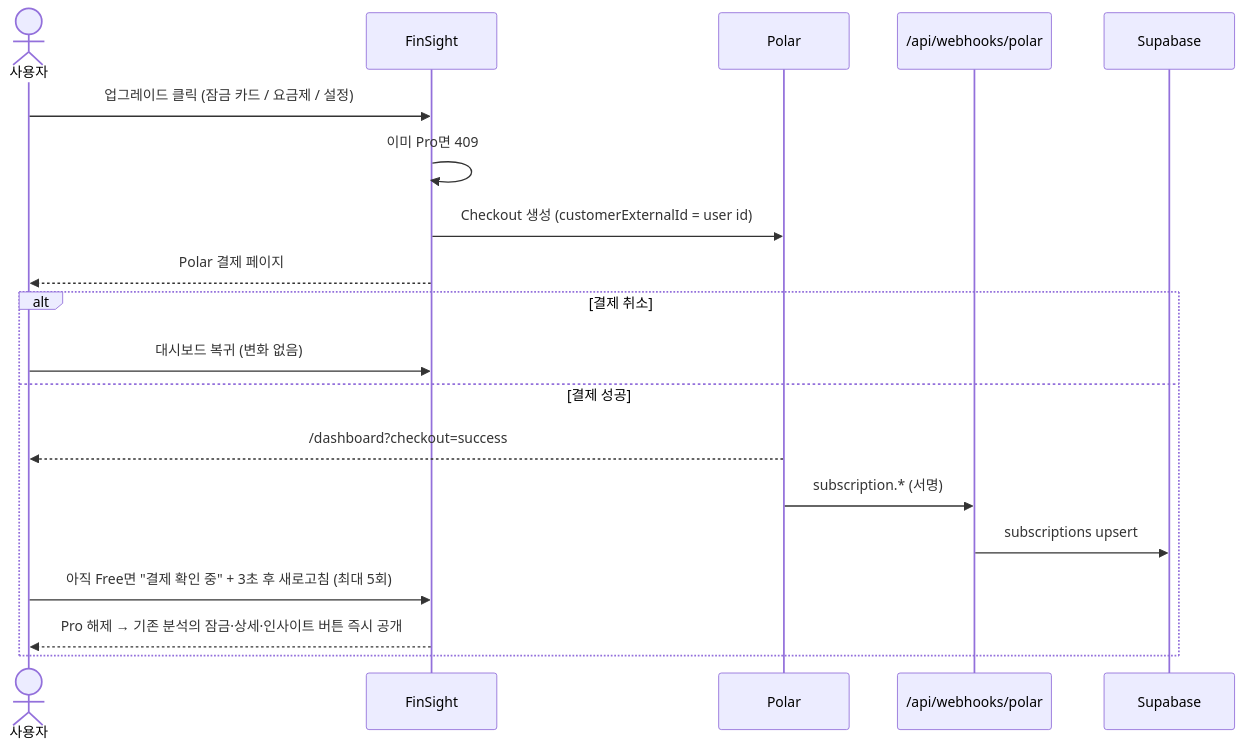
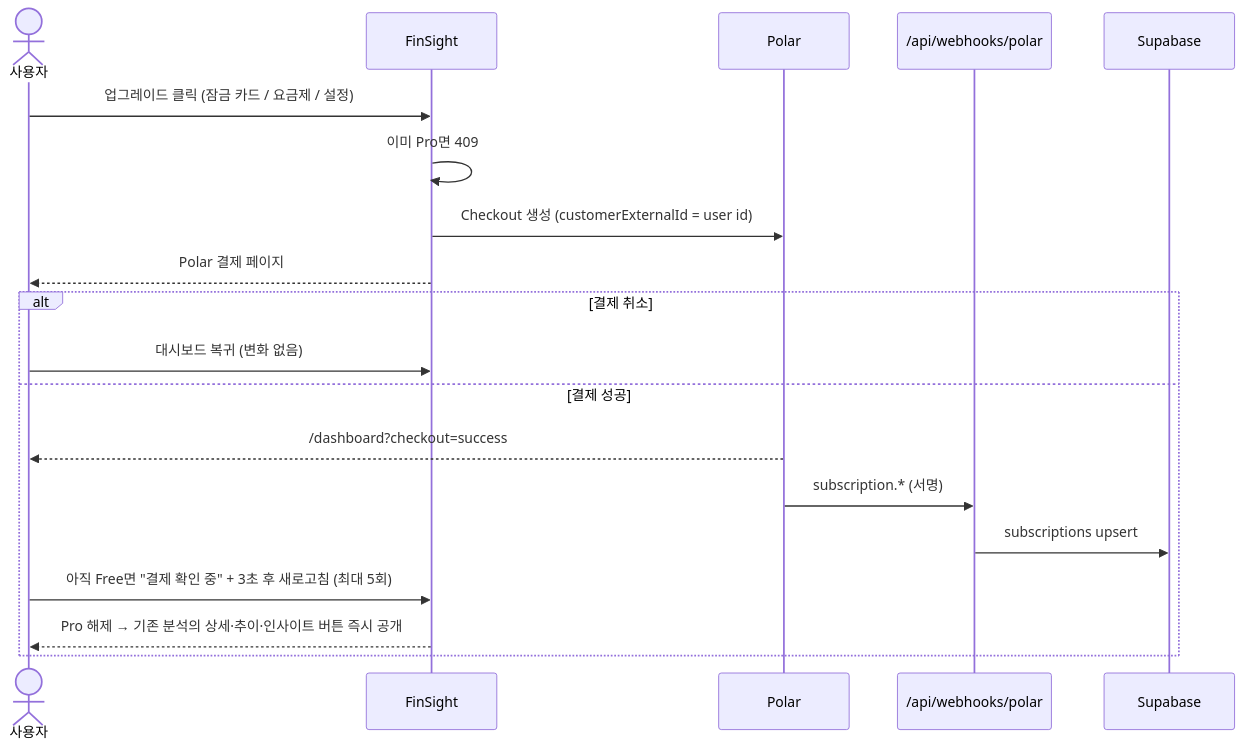
The fifth of 8 diagrams in docs/USER_FLOW.md (Jung-DaeHun/finsight), drawn with Mermaid before and after one commit. The commit also changed other lines of this file and 5 other files, not shown here.

````diff
--- a/docs/USER_FLOW.md
+++ b/docs/USER_FLOW.md
@@ -134,21 +129,21 @@
 ```mermaid
 sequenceDiagram
   actor U as 사용자
   participant App as FinSight
   participant Polar
   participant WH as /api/webhooks/polar
   participant DB as Supabase
   U->>App: 업그레이드 클릭 (잠금 카드 / 요금제 / 설정)
   App->>App: 이미 Pro면 409
   App->>Polar: Checkout 생성 (customerExternalId = user id)
   App-->>U: Polar 결제 페이지
   alt 결제 취소
     U->>App: 대시보드 복귀 (변화 없음)
   else 결제 성공
     Polar-->>U: /dashboard?checkout=success
     Polar->>WH: subscription.* (서명)
     WH->>DB: subscriptions upsert
     U->>App: 아직 Free면 "결제 확인 중" + 3초 후 새로고침 (최대 5회)
-    App-->>U: Pro 해제 → 기존 분석의 잠금·상세·인사이트 버튼 즉시 공개
+    App-->>U: Pro 해제 → 기존 분석의 상세·추이·인사이트 버튼 즉시 공개
   end
 ```
````
